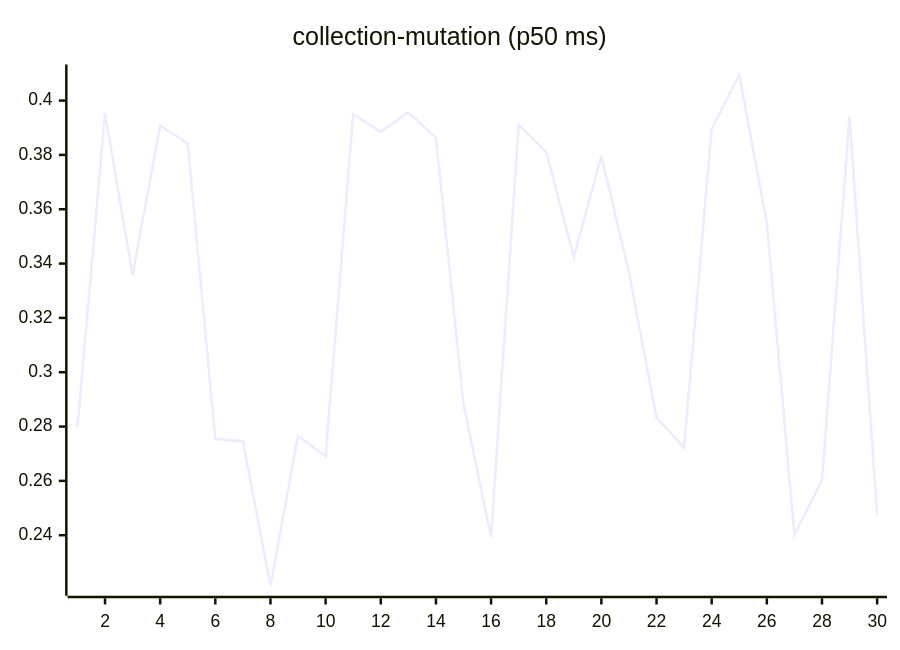
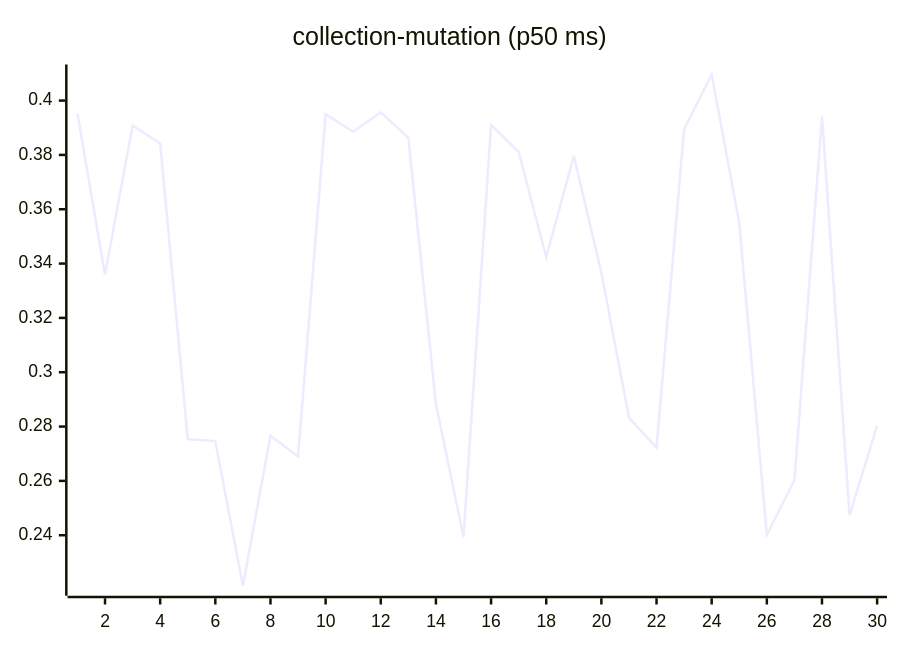
One commit to josha/Facet changed the sixth of 27 diagrams in README.md. Above: the diagram before and after it, drawn with Mermaid. The commit also changed other lines of this file and 2 other files, not shown here.

````diff
--- a/README.md
+++ b/README.md
@@ -98,6 +98,6 @@
 ```mermaid
 xychart-beta
     title "collection-mutation (p50 ms)"
     x-axis 1 --> 30
-    line [0.2797, 0.3953, 0.3359, 0.3908, 0.3842, 0.2754, 0.2746, 0.2214, 0.2766, 0.2690, 0.3950, 0.3885, 0.3957, 0.3863, 0.2883, 0.2393, 0.3911, 0.3811, 0.3424, 0.3796, 0.3367, 0.2833, 0.2723, 0.3895, 0.4096, 0.3550, 0.2402, 0.2602, 0.3941, 0.2474]
+    line [0.3953, 0.3359, 0.3908, 0.3842, 0.2754, 0.2746, 0.2214, 0.2766, 0.2690, 0.3950, 0.3885, 0.3957, 0.3863, 0.2883, 0.2393, 0.3911, 0.3811, 0.3424, 0.3796, 0.3367, 0.2833, 0.2723, 0.3895, 0.4096, 0.3550, 0.2402, 0.2602, 0.3941, 0.2474, 0.2803]
 ```
````
